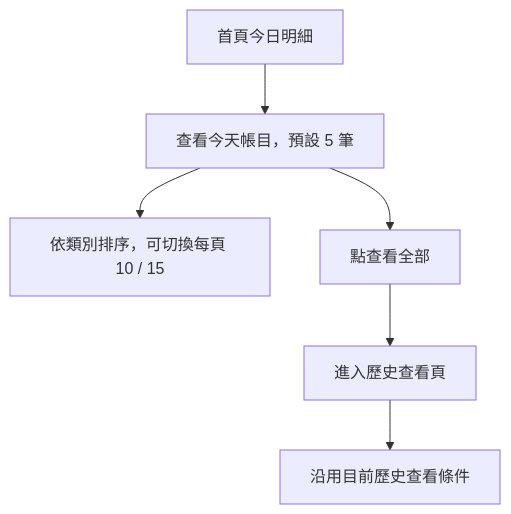
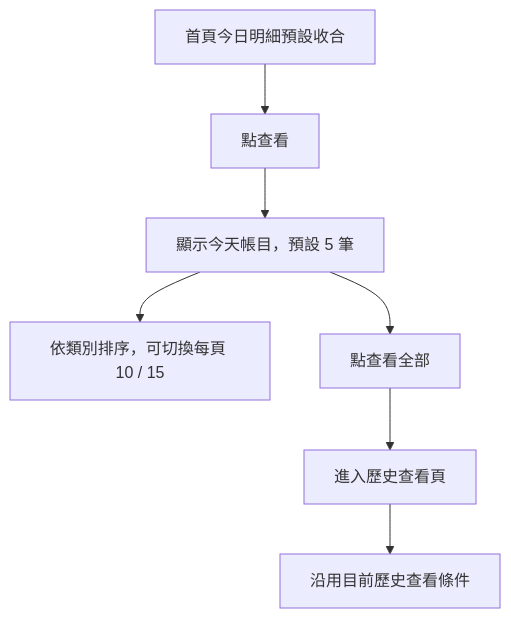
The fourth of 12 diagrams in FLOW.md (ivyliu1201/personal-accounting-app), drawn with Mermaid before and after one commit. The commit also changed 7 other files, not shown here.

````diff
--- a/FLOW.md
+++ b/FLOW.md
@@ -49,8 +49,9 @@
 ```mermaid
 flowchart TD
-A[首頁今日明細] --> B[查看今天帳目，預設 5 筆]
-B --> C[依類別排序，可切換每頁 10 / 15]
-B --> D[點查看全部]
-D --> E[進入歷史查看頁]
-E --> F[沿用目前歷史查看條件]
+A[首頁今日明細預設收合] --> B[點查看]
+B --> C[顯示今天帳目，預設 5 筆]
+C --> D[依類別排序，可切換每頁 10 / 15]
+C --> E[點查看全部]
+E --> F[進入歷史查看頁]
+F --> G[沿用目前歷史查看條件]
 ```
````
